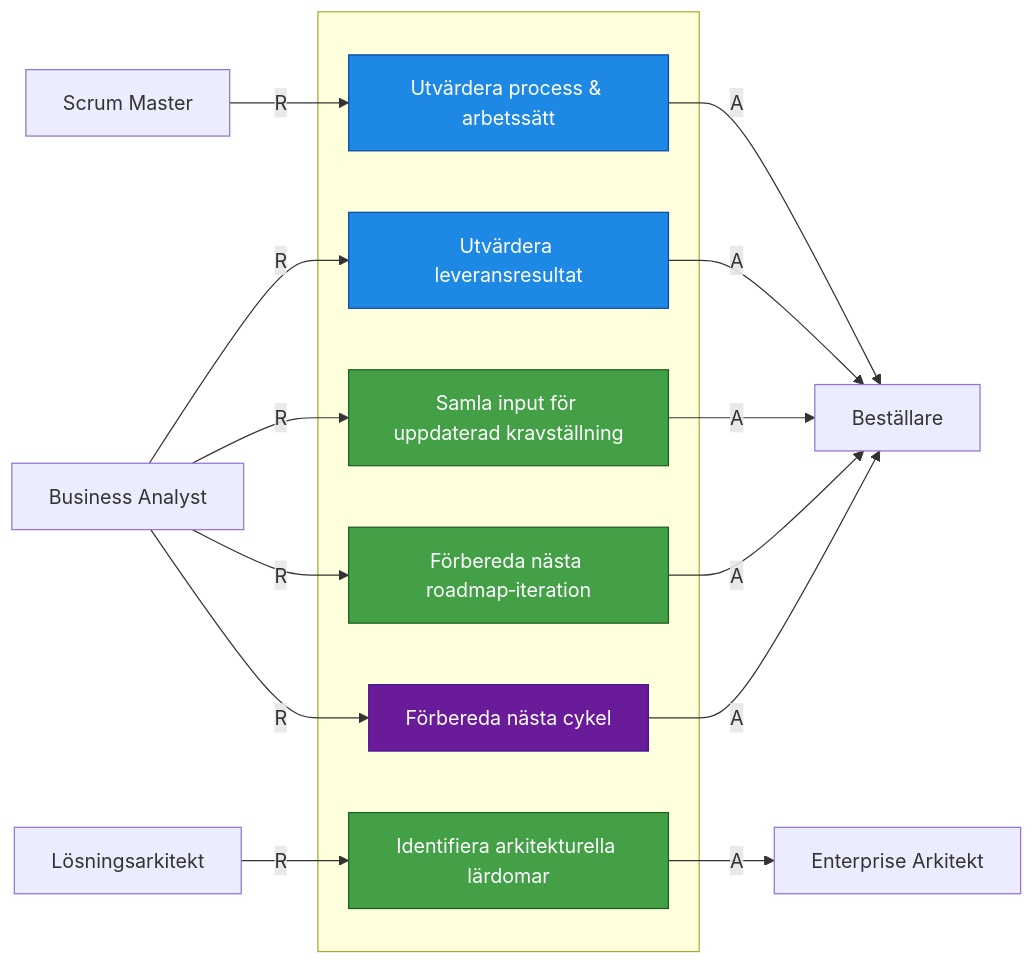
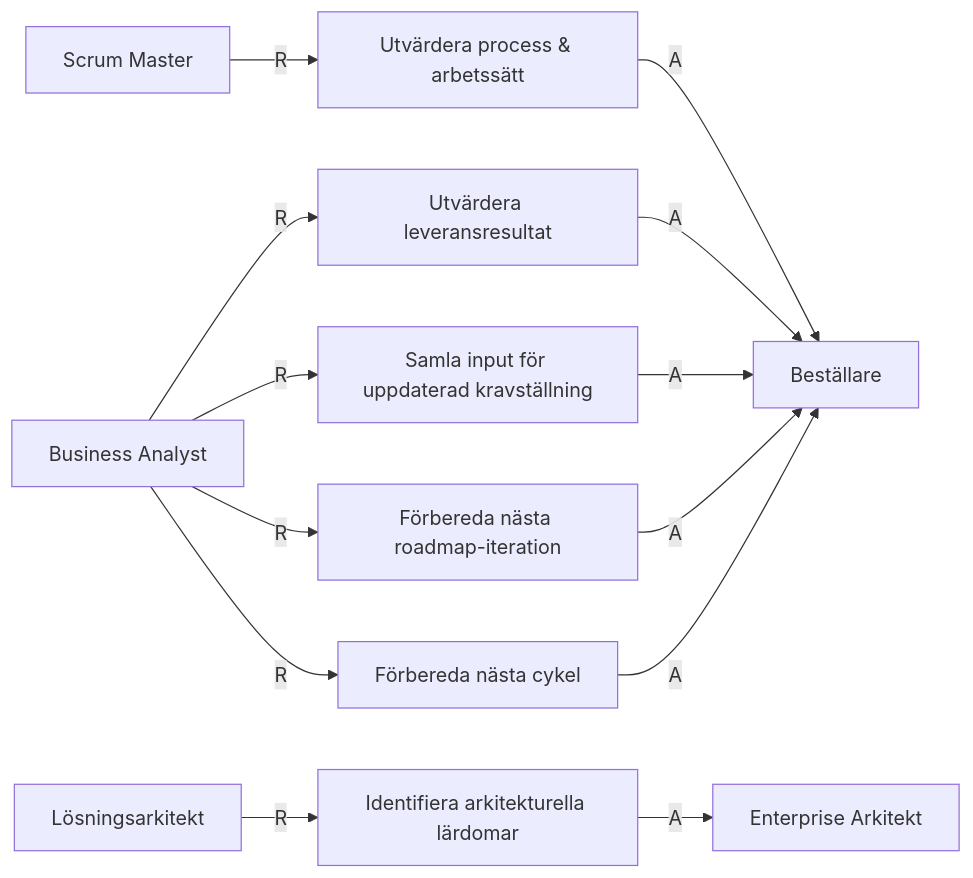
Before and after one commit to Riniga/valuestream-os: the second of 3 diagrams in framework/standard/RACI/5. Repeat.md, drawn with Mermaid. The commit also changed other lines of this file and 83 other files, not shown here.

````diff
--- a/framework/standard/RACI/5. Repeat.md
+++ b/framework/standard/RACI/5. Repeat.md
@@ -53,42 +29,29 @@
 ```mermaid
 flowchart LR
-    subgraph " "
-        A1["Utvärdera leveransresultat"]
-        A2["Utvärdera process & arbetssätt"]
-        B1["Samla input för uppdaterad kravställning"]
-        B2["Identifiera arkitekturella lärdomar"]
-        B3["Förbereda nästa roadmap‑iteration"]
-        C1["Förbereda nästa cykel "]
-
-    end
+    A1["Utvärdera leveransresultat"]
+    A2["Utvärdera process & arbetssätt"]
+    B1["Samla input för uppdaterad kravställning"]
+    B2["Identifiera arkitekturella lärdomar"]
+    B3["Förbereda nästa roadmap-iteration"]
+    C1["Förbereda nästa cykel"]
 
     BA["Business Analyst"]
     SM["Scrum Master"]
     LA["Lösningsarkitekt"]
-
     EA["Enterprise Arkitekt"]
-    PA["Beställare"]
+    BE["Beställare"]
 
     BA -- R --> A1
     SM -- R --> A2
     BA -- R --> B1
     LA -- R --> B2
     BA -- R --> B3
     BA -- R --> C1
 
-    A1 -- A --> PA
-    A2 -- A --> PA
-    B1 -- A --> PA
+    A1 -- A --> BE
+    A2 -- A --> BE
+    B1 -- A --> BE
     B2 -- A --> EA
-    B3 -- A --> PA
-    C1 -- A --> PA
-
-    %% STYLING
-    classDef seq fill:#1e88e5,stroke:#0d47a1,color:#fff;
-    classDef par fill:#43a047,stroke:#1b5e20,color:#fff;
-    classDef converge fill:#6a1b9a,stroke:#4a148c,color:#fff;
-
-    class A0,A1,A2 seq;
-    class B1,B2,B3 par;
-    class C1,D0 converge;
+    B3 -- A --> BE
+    C1 -- A --> BE
 ```
````
